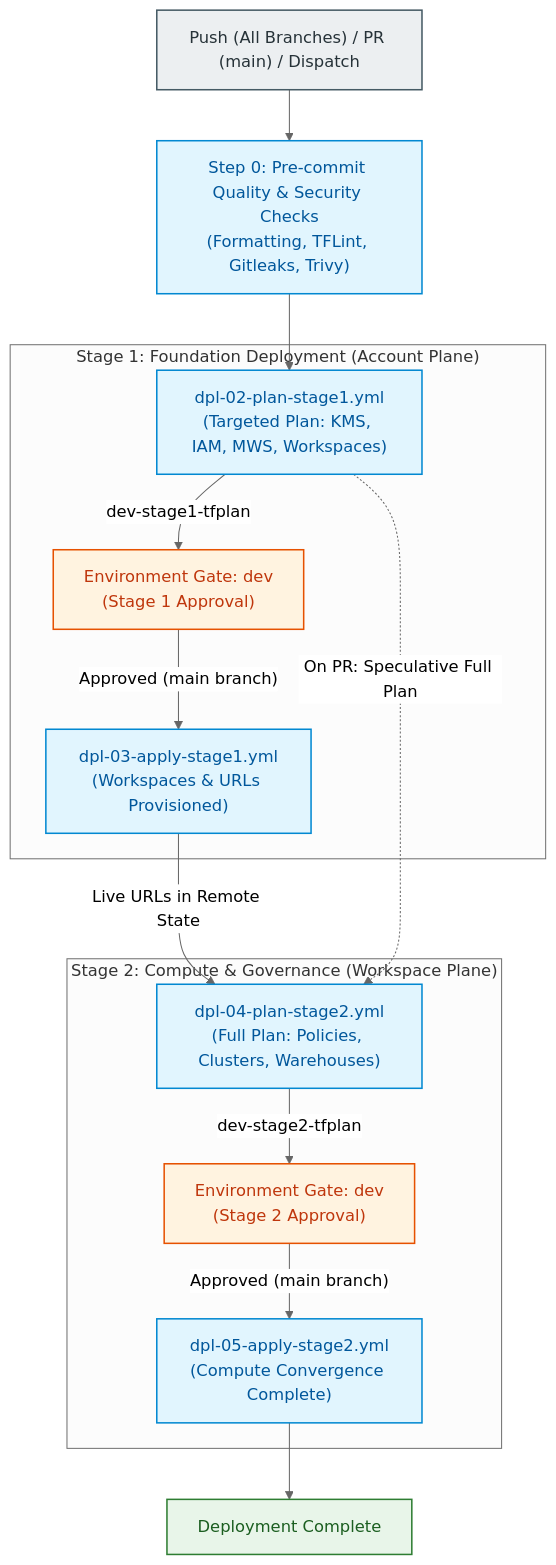
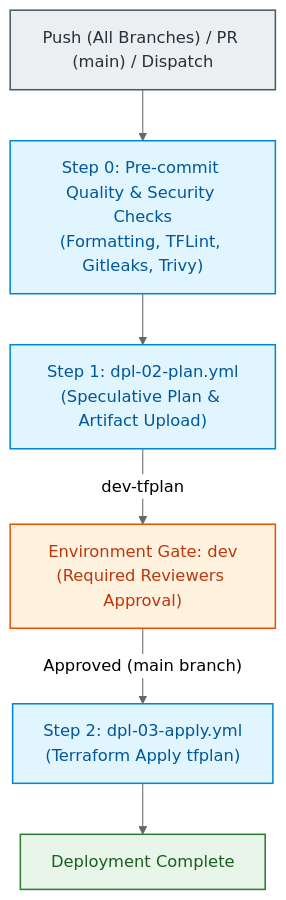
One commit to MikolajSedek/databricks_aws_deployment_03_workspaces_and_compute changed the first of 2 diagrams in .github/workflows/README.md. Above: the diagram before and after it, drawn with Mermaid (neutral theme). The commit also changed other lines of this file and 11 other files, not shown here.

````diff
--- a/.github/workflows/README.md
+++ b/.github/workflows/README.md
@@ -31,34 +28,20 @@
 ```mermaid
 flowchart TD
     classDef trigger fill:#ECEFF1,stroke:#455A64,stroke-width:1.5px,color:#263238;
     classDef stage fill:#E1F5FE,stroke:#0288D1,stroke-width:1.5px,color:#01579B;
     classDef gate fill:#FFF3E0,stroke:#E65100,stroke-width:1.5px,color:#BF360C;
     classDef finish fill:#E8F5E9,stroke:#2E7D32,stroke-width:1.5px,color:#1B5E20;
 
     Trigger["Push (All Branches) / PR (main) / Dispatch"]:::trigger
     Precommit["Step 0: Pre-commit Quality & Security Checks<br/>(Formatting, TFLint, Gitleaks, Trivy)"]:::stage
-
-    subgraph Stage1Flow ["Stage 1: Foundation Deployment (Account Plane)"]
-        S1Plan["dpl-02-plan-stage1.yml<br/>(Targeted Plan: KMS, IAM, MWS, Workspaces)"]:::stage
-        S1Gate["Environment Gate: dev<br/>(Stage 1 Approval)"]:::gate
-        S1Apply["dpl-03-apply-stage1.yml<br/>(Workspaces & URLs Provisioned)"]:::stage
-    end
-
-    subgraph Stage2Flow ["Stage 2: Compute & Governance (Workspace Plane)"]
-        S2Plan["dpl-04-plan-stage2.yml<br/>(Full Plan: Policies, Clusters, Warehouses)"]:::stage
-        S2Gate["Environment Gate: dev<br/>(Stage 2 Approval)"]:::gate
-        S2Apply["dpl-05-apply-stage2.yml<br/>(Compute Convergence Complete)"]:::stage
-    end
-
+    Plan["Step 1: dpl-02-plan.yml<br/>(Speculative Plan & Artifact Upload)"]:::stage
+    Gate["Environment Gate: dev<br/>(Required Reviewers Approval)"]:::gate
+    Apply["Step 2: dpl-03-apply.yml<br/>(Terraform Apply tfplan)"]:::stage
     Done["Deployment Complete"]:::finish
 
     Trigger --> Precommit
-    Precommit --> S1Plan
-    S1Plan -->|"dev-stage1-tfplan"| S1Gate
-    S1Gate -->|"Approved (main branch)"| S1Apply
-    S1Apply -->|"Live URLs in Remote State"| S2Plan
-    S1Plan -.->|"On PR: Speculative Full Plan"| S2Plan
-    S2Plan -->|"dev-stage2-tfplan"| S2Gate
-    S2Gate -->|"Approved (main branch)"| S2Apply
-    S2Apply --> Done
+    Precommit --> Plan
+    Plan -->|"dev-tfplan"| Gate
+    Gate -->|"Approved (main branch)"| Apply
+    Apply --> Done
 ```
````
